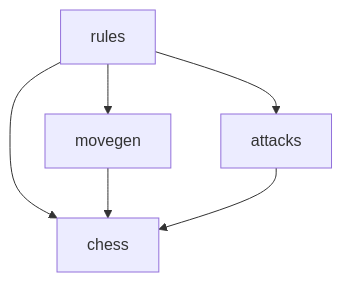
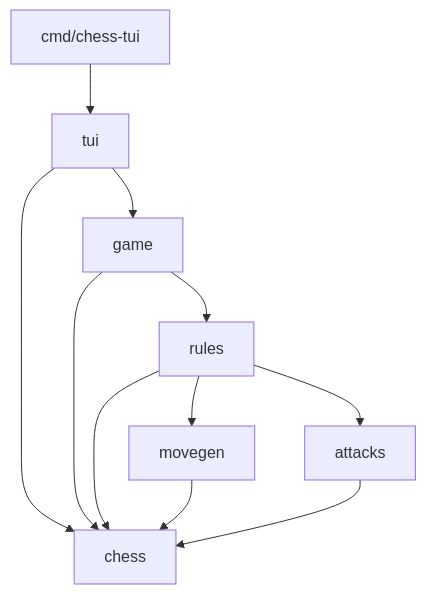
The diagram in README.md (gabrzb/chess-go), drawn with Mermaid before and after one commit. The commit also changed other lines of this file, not shown here.

Commit message:
docs: update README with TUI controls rules and limitations

````diff
--- a/README.md
+++ b/README.md
@@ -39,8 +48,13 @@
 ```mermaid
 flowchart TD
+    cmd["cmd/chess-tui"] --> tui
+    tui --> game
+    tui --> chess
+    game --> rules
+    game --> chess
     rules --> movegen
     rules --> attacks
     rules --> chess
     movegen --> chess
     attacks --> chess
 ```
````
